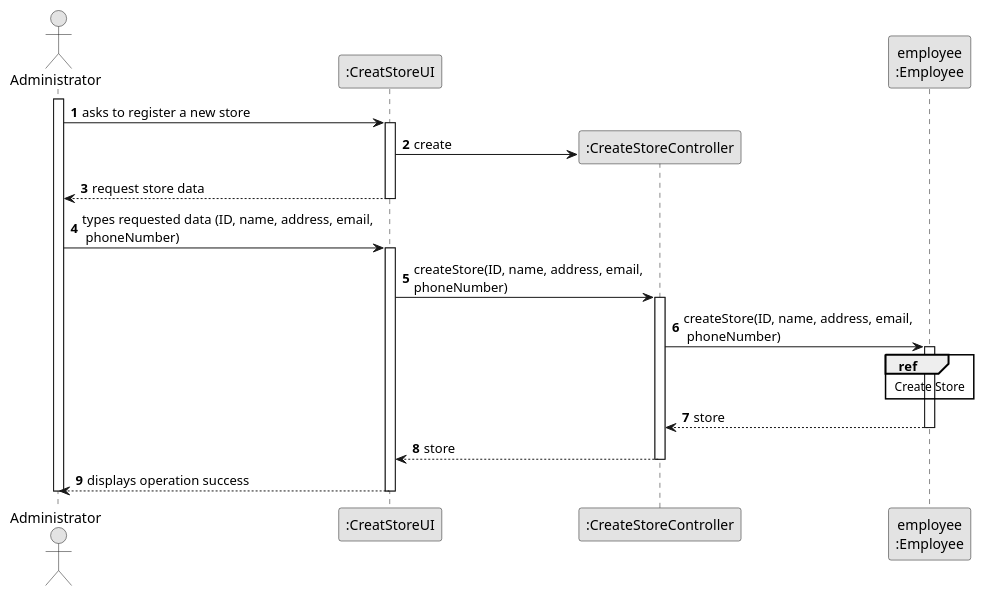
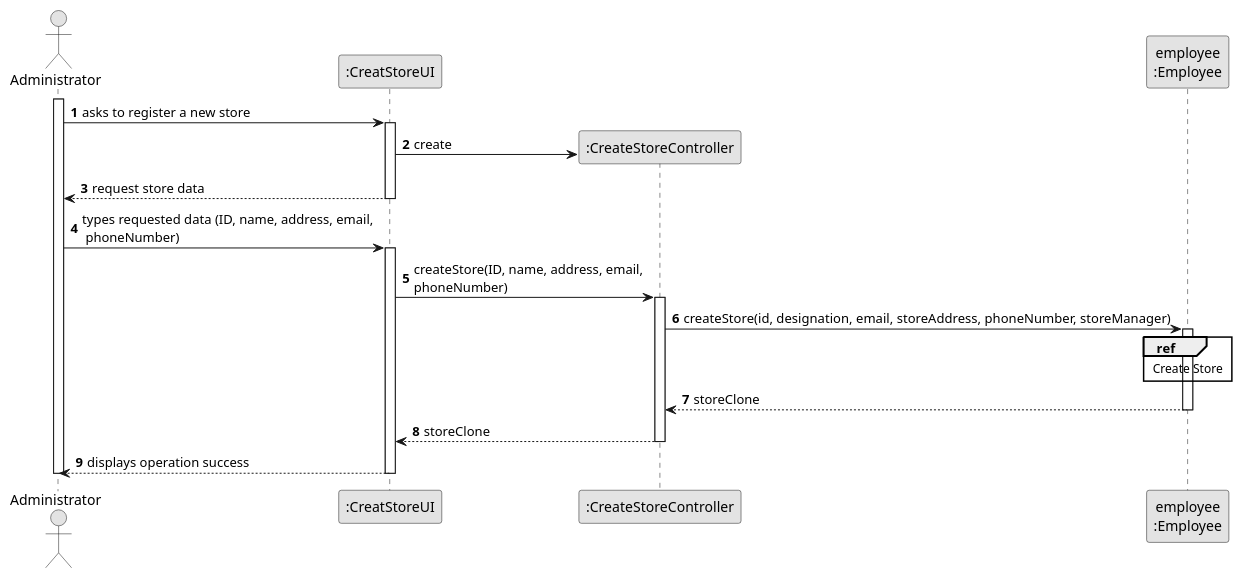
Before and after one commit to Shushizinho/RealEstateUSASystem: the diagram in docs/sprintD/us005/03.design/puml/us005-sequence-diagram-split.puml, drawn with PlantUML. The commit also changed 7 other files, not shown here.

Commit message:
update US5 UI, Rep and SD (As a system administrator, I want to register a store.)

```diff
--- a/docs/sprintD/us005/03.design/puml/us005-sequence-diagram-split.puml
+++ b/docs/sprintD/us005/03.design/puml/us005-sequence-diagram-split.puml
@@ -1,77 +1,77 @@
 @startuml
 skinparam monochrome true
 skinparam packageStyle rectangle
 skinparam shadowing false
 
 autonumber
 
 'hide footbox
 actor "Administrator" as ADM
 participant ":CreatStoreUI" as UI
 participant ":CreateStoreController" as CTRL
 participant "employee\n:Employee" as REP
 
 activate ADM
 
     ADM -> UI : asks to register a new store
 
     activate UI
 
         UI -> CTRL** : create
 '        UI->CTRL : getStoreManagers()
 '            activate CTRL
 '                ref over CTRL
 '                    Get Store Manager List
 '
 '                end
 '
 '            CTRL-->UI : storeManagerList
 '            deactivate CTRL
 '
 '        UI --> ADM : provide store manager list
 '    deactivate UI
 '
 '
 '    ADM -> UI : selectes and sends store manager from list
 '        activate UI
 
             UI --> ADM : request store data
 
         deactivate UI
 
 
     ADM -> UI : types requested data (ID, name, address, email,\n phoneNumber)
     activate UI
 
         UI -> CTRL : createStore(ID, name, address, email,\nphoneNumber)
         activate CTRL
 
 '         CTRL -> CTRL: getLocalManagerByRole(localManagerRole)
 '                activate CTRL
 '
 '                    ref over CTRL
 '                        Get Store Manager Object
 '
 '                    end
 '                CTRL ->CTRL: localManager
 '                deactivate CTRL
 
 
-            CTRL -> REP: createStore(ID, name, address, email,\n phoneNumber)
+            CTRL -> REP: createStore(id, designation, email, storeAddress, phoneNumber, storeManager)
             activate REP
 
                 ref over REP
                     Create Store
                 end
 
-                REP --> CTRL : store
+                REP --> CTRL : storeClone
             deactivate REP
 
-            CTRL --> UI: store
+            CTRL --> UI: storeClone
             deactivate CTRL
             UI --> ADM: displays operation success
     deactivate UI
 
 deactivate ADM
 
 @enduml
```
